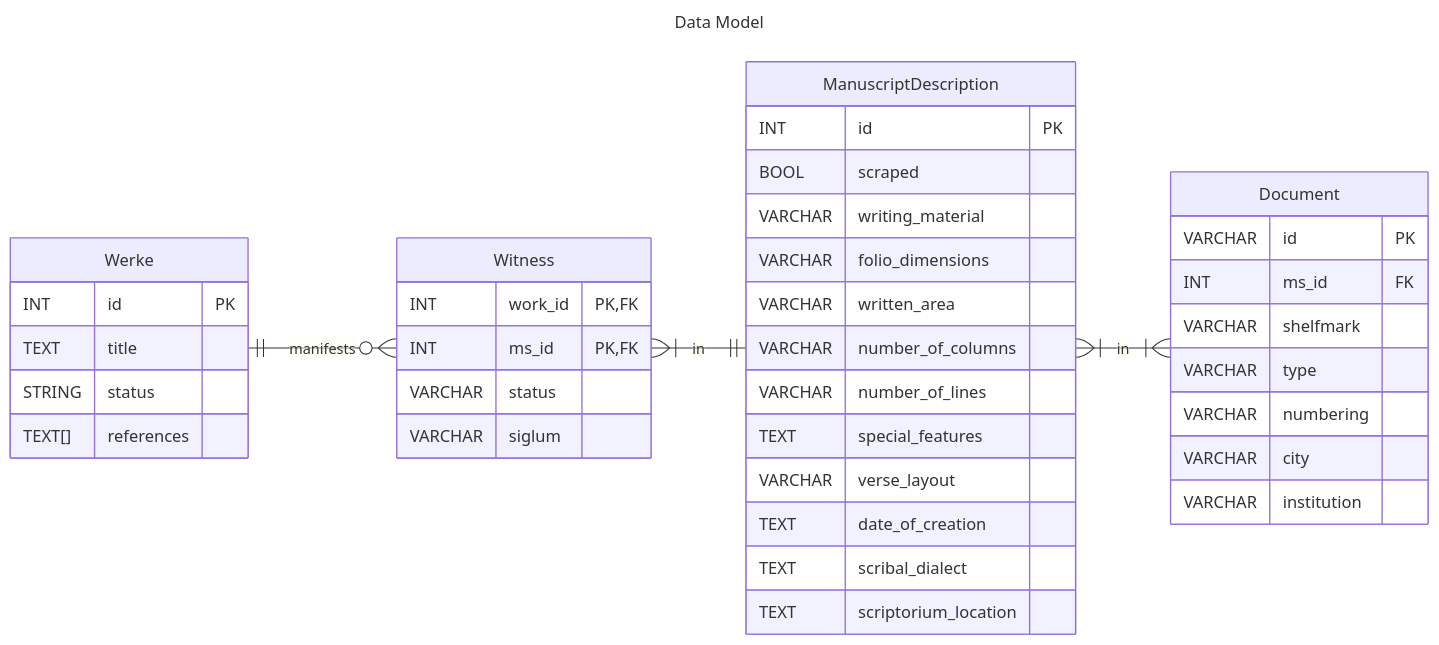
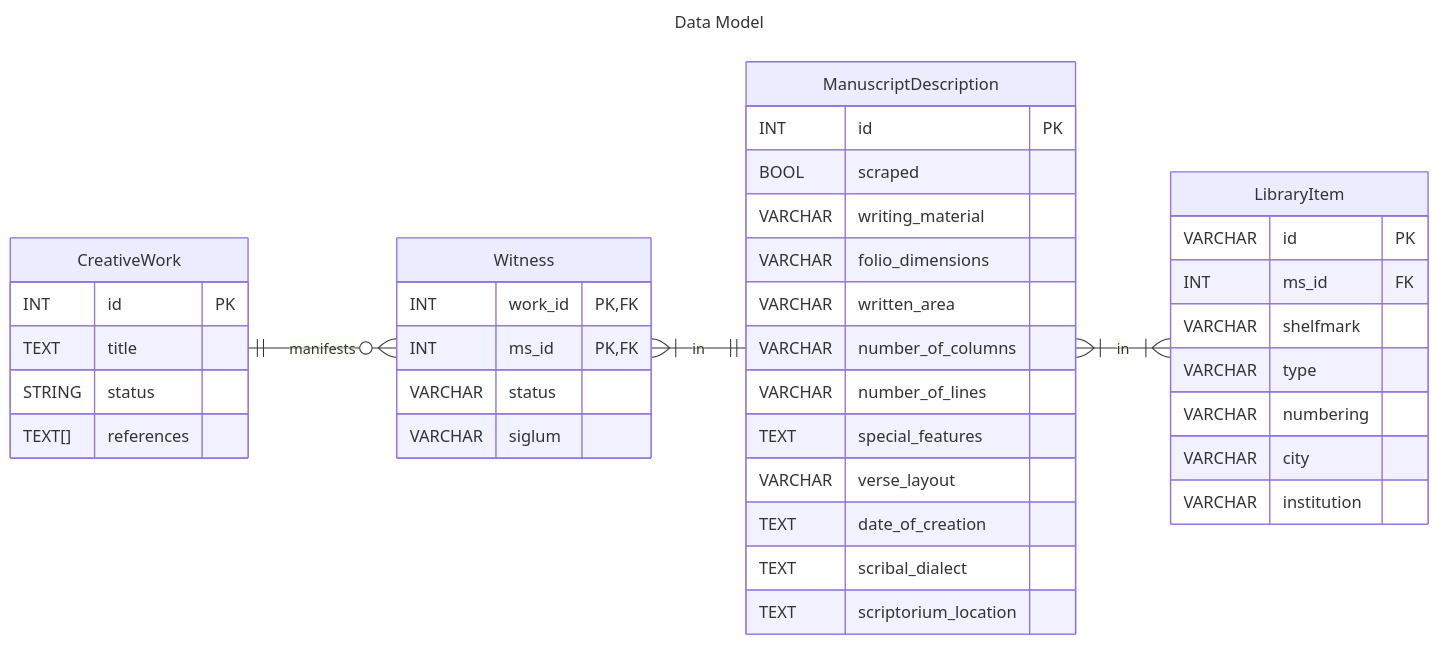
One commit to LostMa-ERC/hc-scraper changed the diagram in README.md. Above: the diagram before and after it, drawn with Mermaid. The commit also changed other lines of this file and 7 other files, not shown here.

````diff
--- a/README.md
+++ b/README.md
@@ -38,49 +38,49 @@
 ```mermaid
 ---
 title: Data Model
 ---
 erDiagram
     direction LR
-    Werke ||--o{ Witness : manifests
+    CreativeWork ||--o{ Witness : manifests
     Witness }|--|| ManuscriptDescription : in
-    ManuscriptDescription }|--|{ Document : in
+    ManuscriptDescription }|--|{ LibraryItem : in
 
-    Werke{
+    CreativeWork{
         INT id PK
         TEXT title
         STRING status
         TEXT[] references
     }
 
     Witness {
         INT work_id PK, FK
         INT ms_id PK, FK
         VARCHAR status
         VARCHAR siglum
     }
 
     ManuscriptDescription {
         INT id PK
         BOOL scraped
         VARCHAR writing_material
         VARCHAR folio_dimensions
         VARCHAR written_area
         VARCHAR number_of_columns
         VARCHAR number_of_lines
         TEXT special_features
         VARCHAR verse_layout
         TEXT date_of_creation
         TEXT scribal_dialect
         TEXT scriptorium_location
     }
 
-    Document {
+    LibraryItem {
         VARCHAR id PK
         INT ms_id FK
         VARCHAR shelfmark
         VARCHAR type
         VARCHAR numbering
         VARCHAR city
         VARCHAR institution
     }
 ```
````
